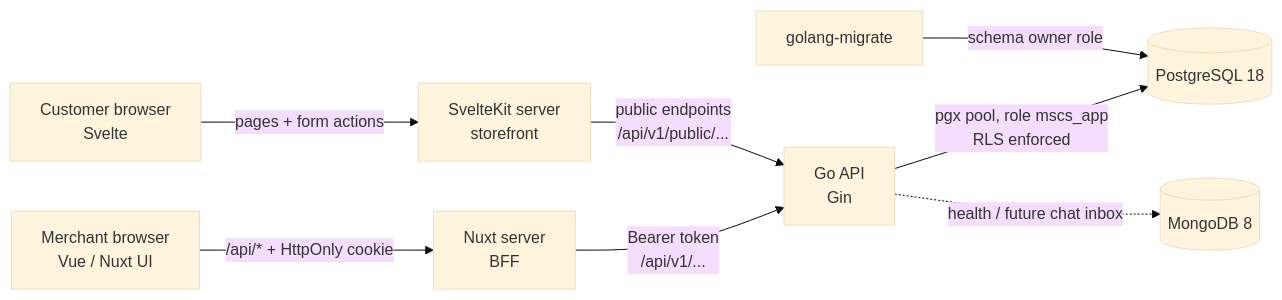
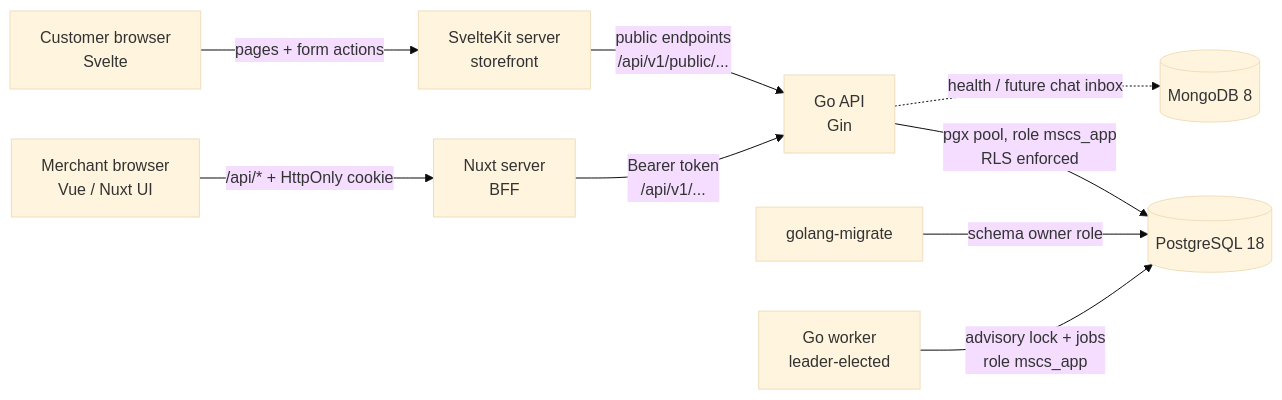
One commit to AriyaChakot/Minis-social-commerce-SaaS changed the diagram in README.md. Above: the diagram before and after it, drawn with Mermaid (base theme). The commit also changed other lines of this file and 24 other files, not shown here.

Commit message:
feat: add background worker with leader election to expire unpaid orders and clean up sessions

````diff
--- a/README.md
+++ b/README.md
@@ -41,10 +43,11 @@
 ```mermaid
 flowchart LR
     B[Merchant browser<br/>Vue / Nuxt UI] -- "/api/* + HttpOnly cookie" --> N[Nuxt server<br/>BFF]
     C[Customer browser<br/>Svelte] -- "pages + form actions" --> S[SvelteKit server<br/>storefront]
     N -- "Bearer token<br/>/api/v1/..." --> G[Go API<br/>Gin]
     S -- "public endpoints<br/>/api/v1/public/..." --> G
     G -- "pgx pool, role mscs_app<br/>RLS enforced" --> P[(PostgreSQL 18)]
     G -. "health / future chat inbox" .-> M[(MongoDB 8)]
     MG[golang-migrate] -- "schema owner role" --> P
+    W[Go worker<br/>leader-elected] -- "advisory lock + jobs<br/>role mscs_app" --> P
 ```
````
